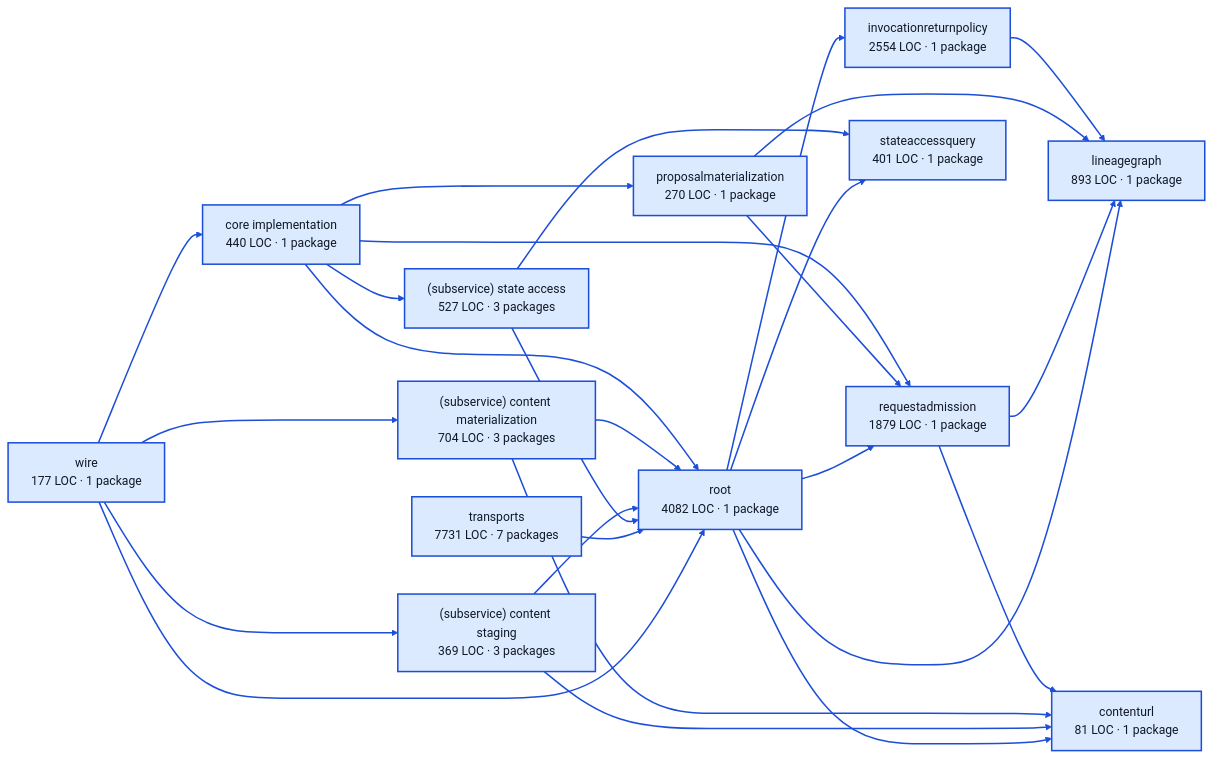
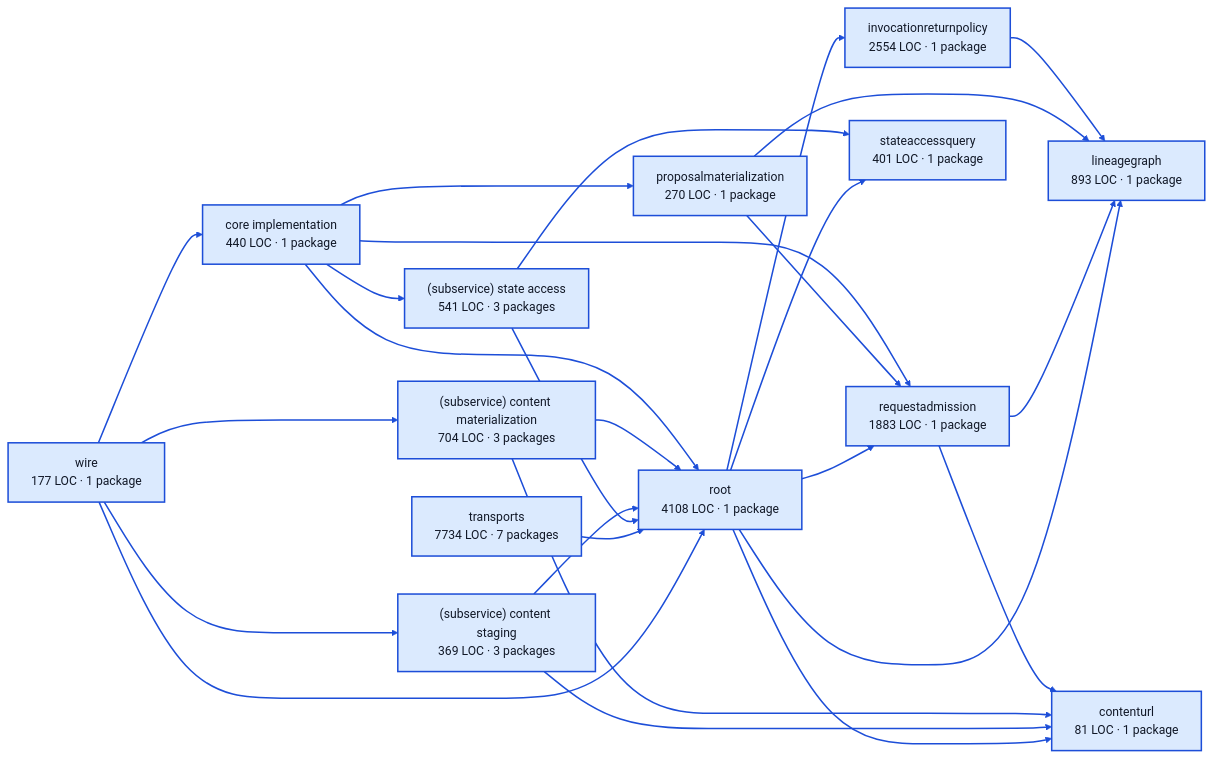
The diagram in docs/architecture/visualizations/services/work.md (portpowered/you-agent-factory), drawn with Mermaid before and after one commit. The commit also changed other lines of this file and 20 other files, not shown here.

Commit message:
docs: refresh backend architecture visualizations

````diff
--- a/docs/architecture/visualizations/services/work.md
+++ b/docs/architecture/visualizations/services/work.md
@@ -11,55 +11,55 @@
 ```mermaid
 flowchart LR
   p0["core implementation<br/>440 LOC · 1 package"]
   p1["contenturl<br/>81 LOC · 1 package"]
   p2["invocationreturnpolicy<br/>2554 LOC · 1 package"]
   p3["lineagegraph<br/>893 LOC · 1 package"]
   p4["proposalmaterialization<br/>270 LOC · 1 package"]
-  p5["requestadmission<br/>1879 LOC · 1 package"]
+  p5["requestadmission<br/>1883 LOC · 1 package"]
   p6["(subservice) content materialization<br/>704 LOC · 3 packages"]
   p7["(subservice) content staging<br/>369 LOC · 3 packages"]
-  p8["(subservice) state access<br/>527 LOC · 3 packages"]
+  p8["(subservice) state access<br/>541 LOC · 3 packages"]
   p9["stateaccessquery<br/>401 LOC · 1 package"]
-  p10["root<br/>4082 LOC · 1 package"]
-  p11["transports<br/>7731 LOC · 7 packages"]
+  p10["root<br/>4108 LOC · 1 package"]
+  p11["transports<br/>7734 LOC · 7 packages"]
   p12["wire<br/>177 LOC · 1 package"]
   p0 --> p4
   p0 --> p5
   p0 --> p8
   p0 --> p10
   p2 --> p3
   p4 --> p3
   p4 --> p5
   p5 --> p1
   p5 --> p3
   p6 --> p1
   p6 --> p10
   p7 --> p1
   p7 --> p10
   p8 --> p9
   p8 --> p10
   p10 --> p1
   p10 --> p2
   p10 --> p3
   p10 --> p5
   p10 --> p9
   p11 --> p10
   p12 --> p0
   p12 --> p6
   p12 --> p7
   p12 --> p10
   style p0 fill:#dbeafe,stroke:#1d4ed8,stroke-width:2px,color:#111827
   style p1 fill:#dbeafe,stroke:#1d4ed8,stroke-width:2px,color:#111827
   style p2 fill:#dbeafe,stroke:#1d4ed8,stroke-width:2px,color:#111827
   style p3 fill:#dbeafe,stroke:#1d4ed8,stroke-width:2px,color:#111827
   style p4 fill:#dbeafe,stroke:#1d4ed8,stroke-width:2px,color:#111827
   style p5 fill:#dbeafe,stroke:#1d4ed8,stroke-width:2px,color:#111827
   style p6 fill:#dbeafe,stroke:#1d4ed8,stroke-width:2px,color:#111827
   style p7 fill:#dbeafe,stroke:#1d4ed8,stroke-width:2px,color:#111827
   style p8 fill:#dbeafe,stroke:#1d4ed8,stroke-width:2px,color:#111827
   style p9 fill:#dbeafe,stroke:#1d4ed8,stroke-width:2px,color:#111827
   style p10 fill:#dbeafe,stroke:#1d4ed8,stroke-width:2px,color:#111827
   style p11 fill:#dbeafe,stroke:#1d4ed8,stroke-width:2px,color:#111827
   style p12 fill:#dbeafe,stroke:#1d4ed8,stroke-width:2px,color:#111827
   linkStyle default stroke:#1d4ed8,stroke-width:2px
 ```
````
